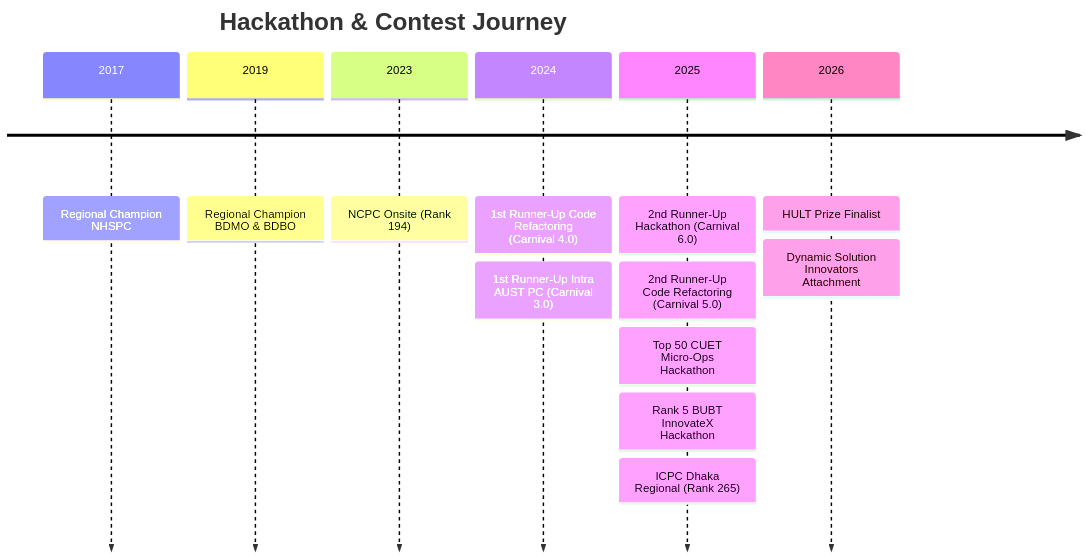
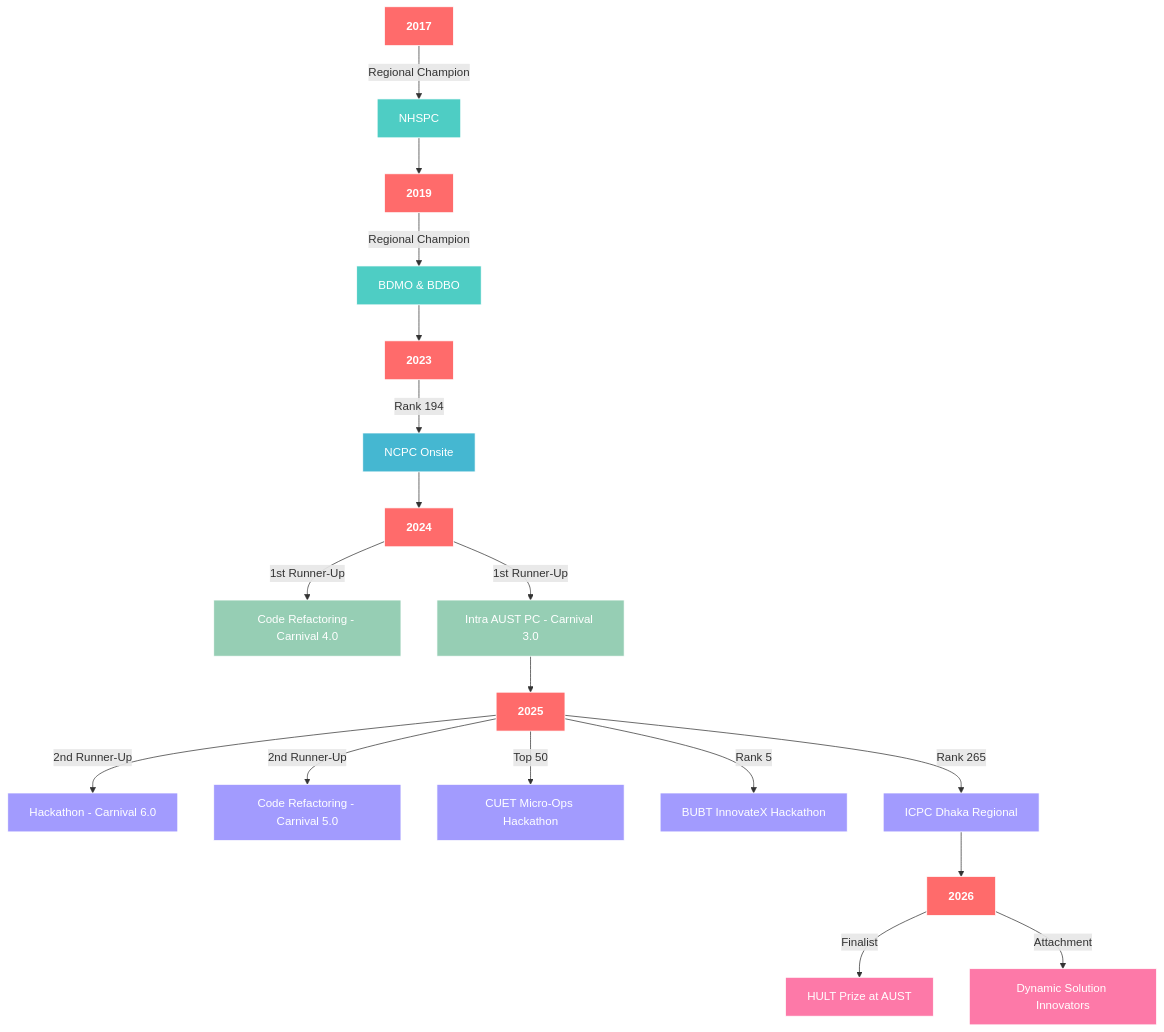
Before and after one commit to sakibul-shovon/sakibul-shovon: the diagram in README.md, drawn with Mermaid.

````diff
--- a/README.md
+++ b/README.md
@@ -103,16 +103,39 @@
 ```mermaid
-timeline
-    title Hackathon & Contest Journey
-    2017 : Regional Champion NHSPC
-    2019 : Regional Champion BDMO & BDBO
-    2023 : NCPC Onsite (Rank 194)
-    2024 : 1st Runner-Up Code Refactoring (Carnival 4.0)
-         : 1st Runner-Up Intra AUST PC (Carnival 3.0)
-    2025 : 2nd Runner-Up Hackathon (Carnival 6.0)
-         : 2nd Runner-Up Code Refactoring (Carnival 5.0)
-         : Top 50 CUET Micro-Ops Hackathon
-         : Rank 5 BUBT InnovateX Hackathon
-         : ICPC Dhaka Regional (Rank 265)
-    2026 : HULT Prize Finalist
-         : Dynamic Solution Innovators Attachment
+graph TD
+    A["2017"] -->|Regional Champion| B["NHSPC"]
+    B --> C["2019"]
+    C -->|Regional Champion| D["BDMO & BDBO"]
+    D --> E["2023"]
+    E -->|Rank 194| F["NCPC Onsite"]
+    F --> G["2024"]
+    G -->|1st Runner-Up| H["Code Refactoring - Carnival 4.0"]
+    G -->|1st Runner-Up| I["Intra AUST PC - Carnival 3.0"]
+    I --> J["2025"]
+    J -->|2nd Runner-Up| K["Hackathon - Carnival 6.0"]
+    J -->|2nd Runner-Up| L["Code Refactoring - Carnival 5.0"]
+    J -->|Top 50| M["CUET Micro-Ops Hackathon"]
+    J -->|Rank 5| N["BUBT InnovateX Hackathon"]
+    J -->|Rank 265| O["ICPC Dhaka Regional"]
+    O --> P["2026"]
+    P -->|Finalist| Q["HULT Prize at AUST"]
+    P -->|Attachment| R["Dynamic Solution Innovators"]
+
+    style A fill:#ff6b6b,stroke:#fff,color:#fff,font-weight:bold
+    style C fill:#ff6b6b,stroke:#fff,color:#fff,font-weight:bold
+    style E fill:#ff6b6b,stroke:#fff,color:#fff,font-weight:bold
+    style G fill:#ff6b6b,stroke:#fff,color:#fff,font-weight:bold
+    style J fill:#ff6b6b,stroke:#fff,color:#fff,font-weight:bold
+    style P fill:#ff6b6b,stroke:#fff,color:#fff,font-weight:bold
+    style B fill:#4ecdc4,stroke:#fff,color:#fff
+    style D fill:#4ecdc4,stroke:#fff,color:#fff
+    style F fill:#45b7d1,stroke:#fff,color:#fff
+    style H fill:#96ceb4,stroke:#fff,color:#fff
+    style I fill:#96ceb4,stroke:#fff,color:#fff
+    style K fill:#a29bfe,stroke:#fff,color:#fff
+    style L fill:#a29bfe,stroke:#fff,color:#fff
+    style M fill:#a29bfe,stroke:#fff,color:#fff
+    style N fill:#a29bfe,stroke:#fff,color:#fff
+    style O fill:#a29bfe,stroke:#fff,color:#fff
+    style Q fill:#fd79a8,stroke:#fff,color:#fff
+    style R fill:#fd79a8,stroke:#fff,color:#fff
 ```
````
